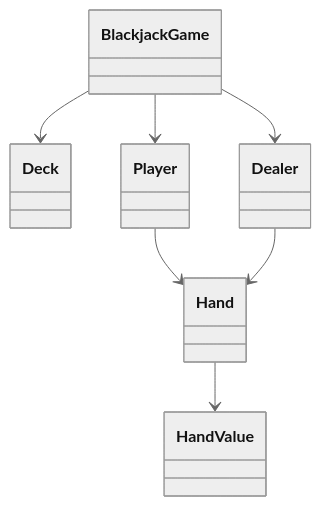
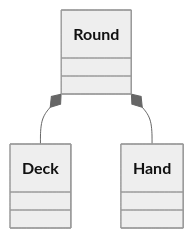
Before and after one commit to Anilinfo2015/anilinfo2015.github.io: the diagram in low-level-design/deck-of-cards-blackjack.md, drawn with Mermaid (neutral theme). The commit also changed other lines of this file and 58 other files, not shown here.

````diff
--- a/low-level-design/deck-of-cards-blackjack.md
+++ b/low-level-design/deck-of-cards-blackjack.md
@@ -57,15 +25,8 @@
 ```mermaid
 classDiagram
-    class BlackjackGame
+    class Round
     class Deck
     class Hand
-    class HandValue
-    class Player
-    class Dealer
-    BlackjackGame --> Deck
-    BlackjackGame --> Player
-    BlackjackGame --> Dealer
-    Player --> Hand
-    Dealer --> Hand
-    Hand --> HandValue
+    Round *-- Deck
+    Round *-- Hand
 ```
````
